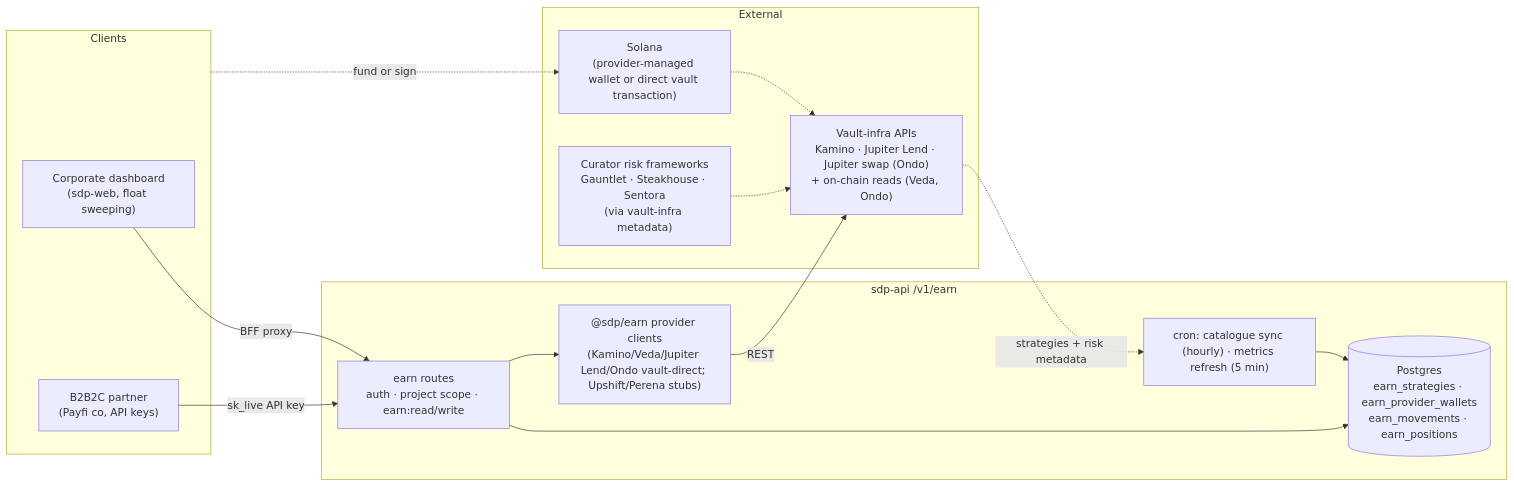
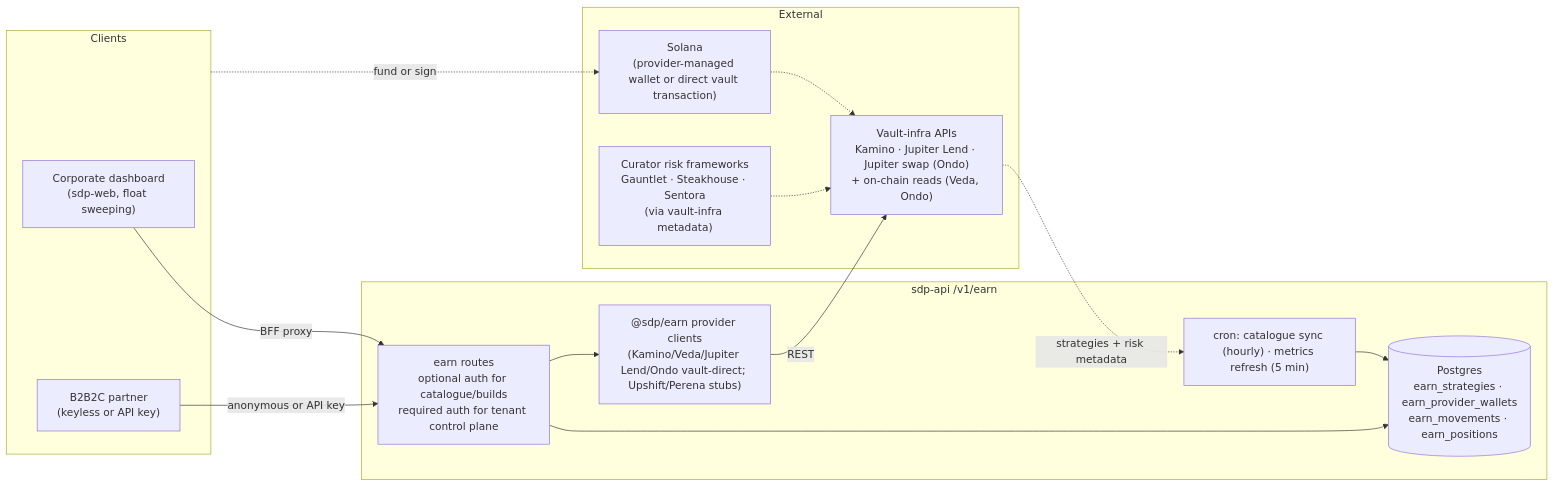
Before and after one commit to solana-foundation/solana-developer-platform: the diagram in docs/architecture/earn-v1-data-flow.md, drawn with Mermaid. The commit also changed other lines of this file and 53 other files, not shown here.

Commit message:
feat(earn): add keyless integration tier

````diff
--- a/docs/architecture/earn-v1-data-flow.md
+++ b/docs/architecture/earn-v1-data-flow.md
@@ -15,31 +15,31 @@
 ```mermaid
 flowchart LR
     subgraph Clients
         DASH["Corporate dashboard<br/>(sdp-web, float sweeping)"]
-        PARTNER["B2B2C partner<br/>(Payfi co, API keys)"]
+        PARTNER["B2B2C partner<br/>(keyless or API key)"]
     end
 
     subgraph SDP["sdp-api  /v1/earn"]
-        ROUTES["earn routes<br/>auth · project scope · earn:read/write"]
+        ROUTES["earn routes<br/>optional auth for catalogue/builds<br/>required auth for tenant control plane"]
         SVC["@sdp/earn provider clients<br/>(Kamino/Veda/Jupiter Lend/Ondo vault-direct; Upshift/Perena stubs)"]
         DB[("Postgres<br/>earn_strategies · earn_provider_wallets<br/>earn_movements · earn_positions")]
         CRON["cron: catalogue sync (hourly) · metrics refresh (5 min)"]
     end
 
     subgraph External
         VAULT["Vault-infra APIs<br/>Kamino · Jupiter Lend · Jupiter swap (Ondo)<br/>+ on-chain reads (Veda, Ondo)"]
         CHAIN["Solana<br/>(provider-managed wallet or direct vault transaction)"]
         CURATOR["Curator risk frameworks<br/>Gauntlet · Steakhouse · Sentora<br/>(via vault-infra metadata)"]
     end
 
     DASH -->|BFF proxy| ROUTES
-    PARTNER -->|sk_live API key| ROUTES
+    PARTNER -->|anonymous or API key| ROUTES
     ROUTES --> DB
     ROUTES --> SVC
     SVC -->|REST| VAULT
     VAULT -.->|strategies + risk metadata| CRON
     CURATOR -.-> VAULT
     CRON --> DB
     Clients -.->|fund or sign| CHAIN
     CHAIN -.-> VAULT
 ```
````
